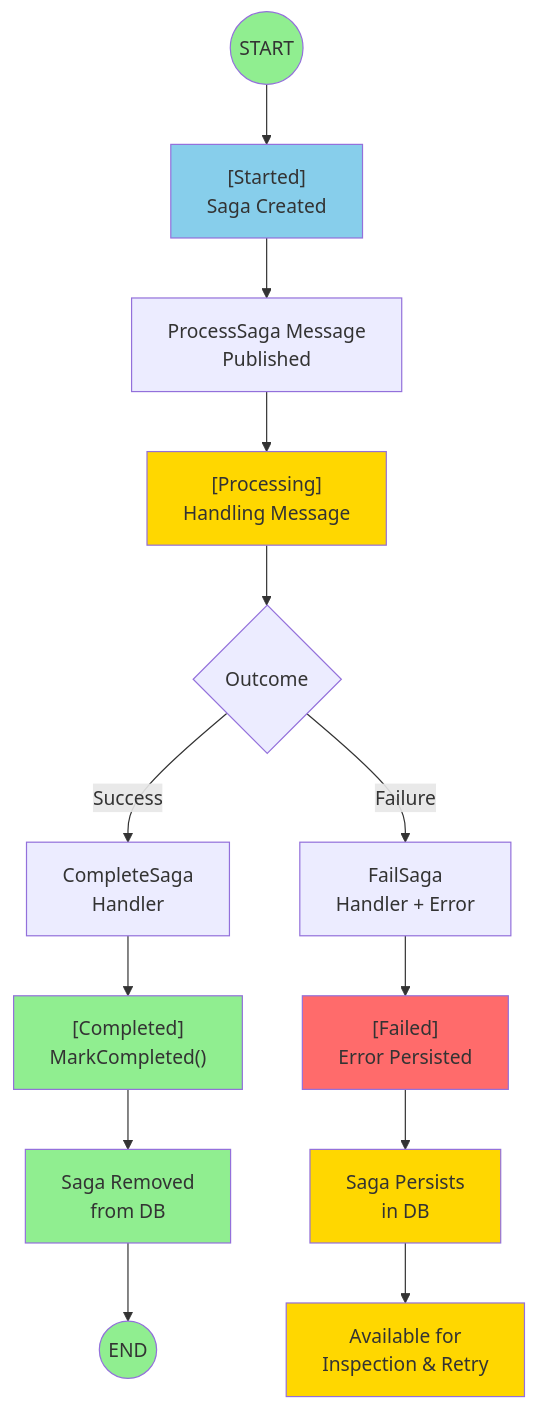
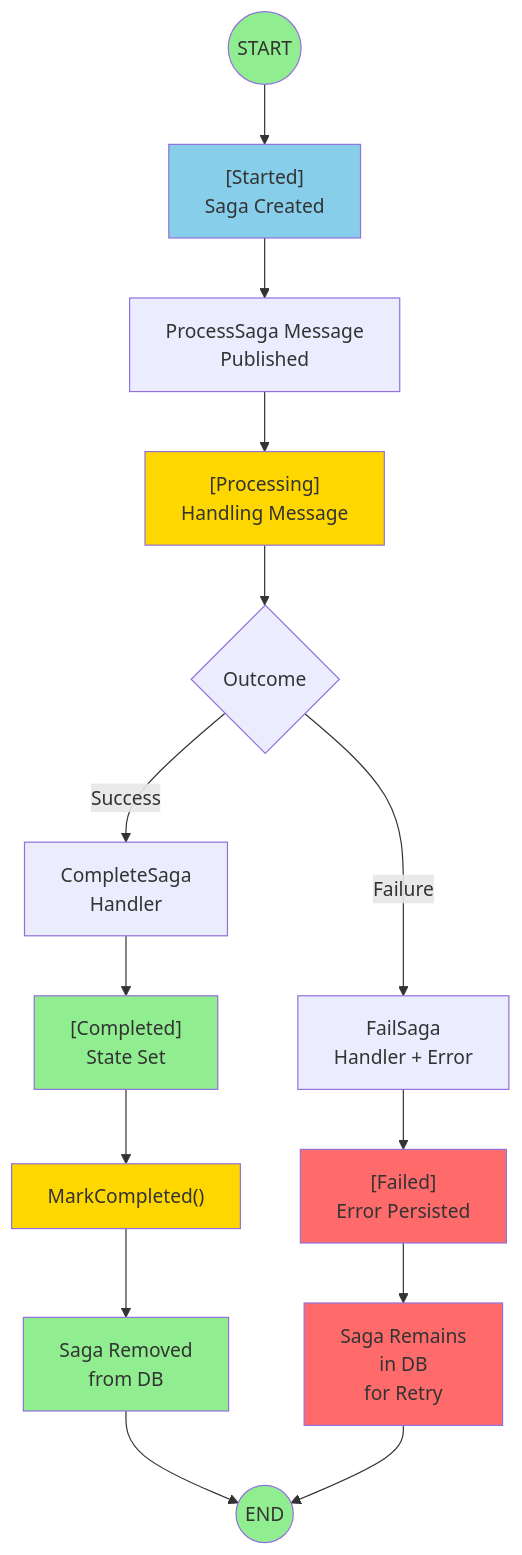
One commit to benomine/WolverineSagas changed the first of 2 diagrams in README.md. Above: the diagram before and after it, drawn with Mermaid. The commit also changed other lines of this file, not shown here.

First line of the commit message:
docs: Fix diagram flow - failed sagas NOT marked complete

````diff
--- a/README.md
+++ b/README.md
@@ -22,29 +22,31 @@
 ```mermaid
 graph TD
     START((START)) --> Started["[Started]<br/>Saga Created"]
     Started --> ProcessMsg["ProcessSaga Message<br/>Published"]
     ProcessMsg --> Processing["[Processing]<br/>Handling Message"]
     
     Processing --> Success{Outcome}
     Success -->|Success| CompleteSaga["CompleteSaga<br/>Handler"]
     Success -->|Failure| FailSaga["FailSaga<br/>Handler + Error"]
     
-    CompleteSaga --> Completed["[Completed]<br/>MarkCompleted()"]
+    CompleteSaga --> Completed["[Completed]<br/>State Set"]
     FailSaga --> Failed["[Failed]<br/>Error Persisted"]
     
-    Completed --> Cleanup1["Saga Removed<br/>from DB"]
-    Failed --> Persist["Saga Persists<br/>in DB"]
+    Completed --> MarkComplete["MarkCompleted()"]
+    MarkComplete --> Cleanup["Saga Removed<br/>from DB"]
     
-    Cleanup1 --> END((END))
-    Persist --> Inspect["Available for<br/>Inspection & Retry"]
+    Failed --> Persist["Saga Remains<br/>in DB<br/>for Retry"]
+    
+    Cleanup --> END((END))
+    Persist --> END
     
     style START fill:#90EE90
     style Started fill:#87CEEB
     style Processing fill:#FFD700
     style Completed fill:#90EE90
     style Failed fill:#FF6B6B
-    style Cleanup1 fill:#90EE90
-    style Persist fill:#FFD700
-    style Inspect fill:#FFD700
+    style MarkComplete fill:#FFD700
+    style Cleanup fill:#90EE90
+    style Persist fill:#FF6B6B
     style END fill:#90EE90
 ```
````
